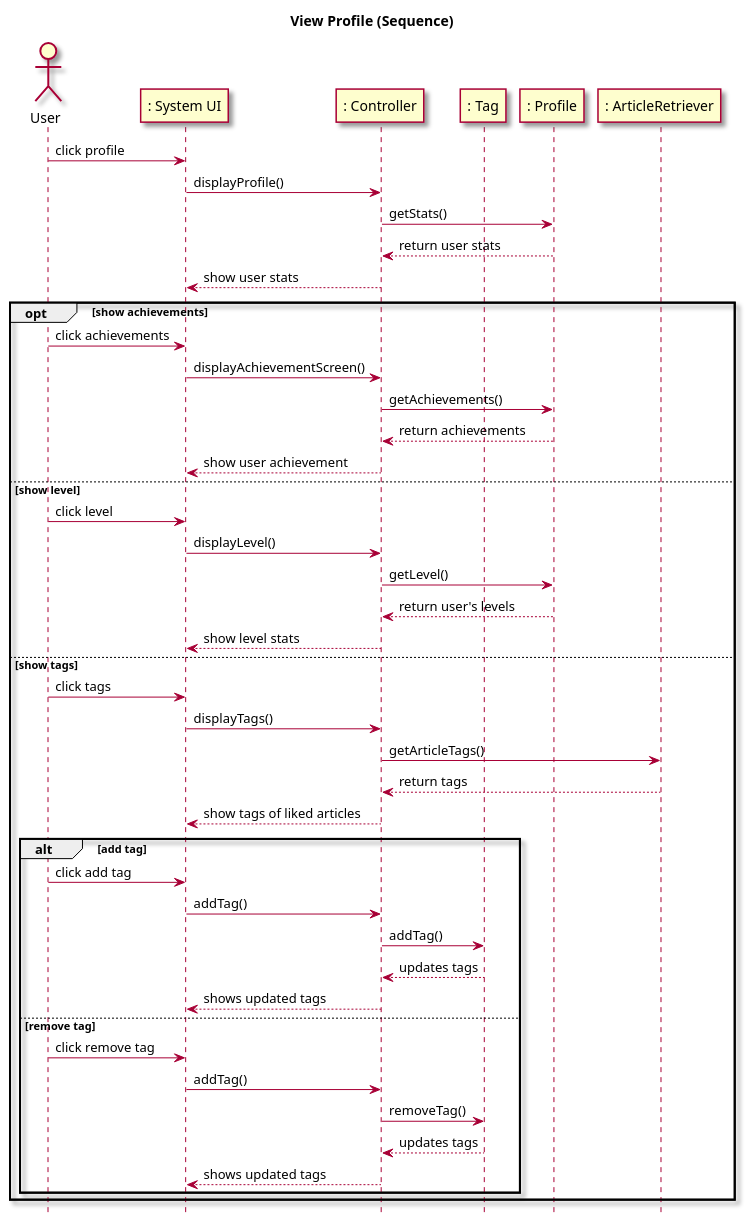
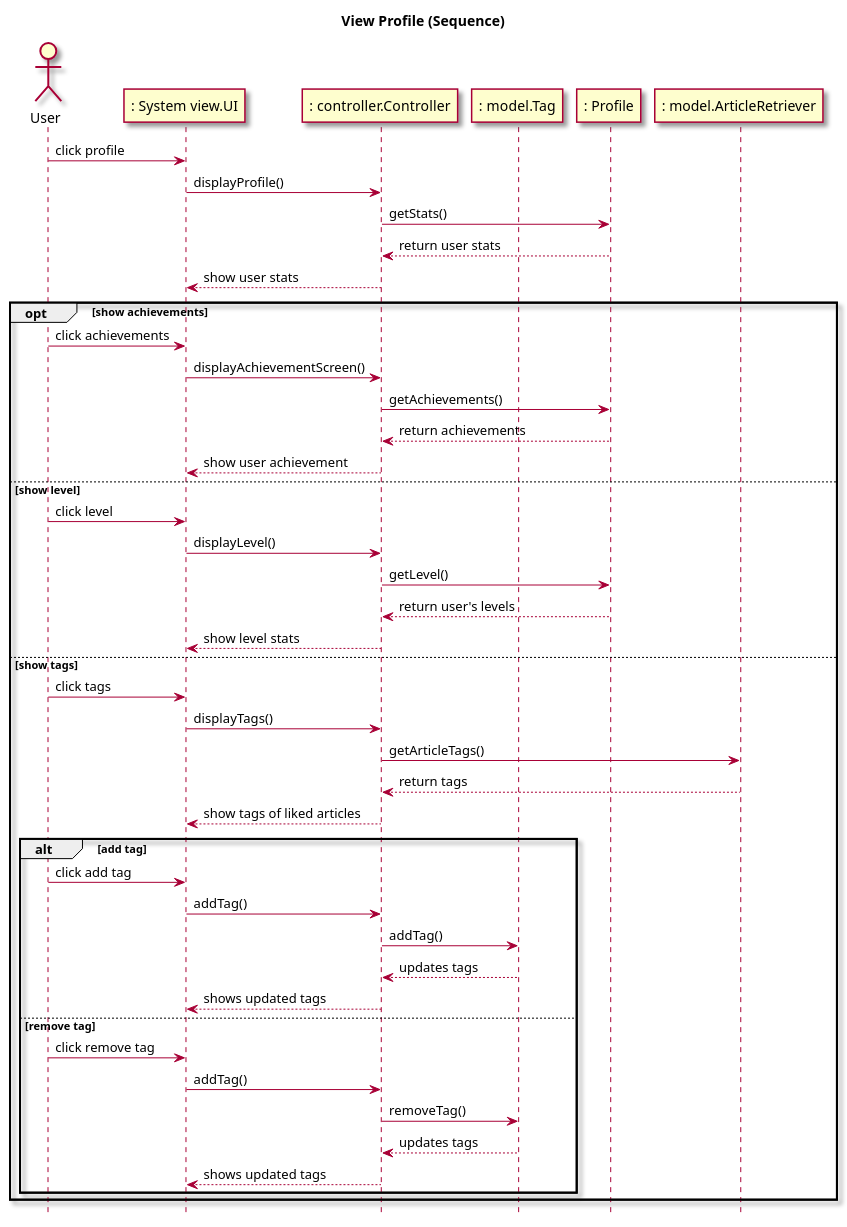
Before and after one commit to owhitleym-ui/EcoScoop: the second of 2 diagrams in intellij/doc/use-cases/view-profile.md, drawn with PlantUML. The commit also changed other lines of this file and 72 other files, not shown here.

Commit message:
Refactored Code to Implemented Model View Controller

````diff
--- a/intellij/doc/use-cases/view-profile.md
+++ b/intellij/doc/use-cases/view-profile.md
@@ -77,59 +77,59 @@
 ```plantuml
 @startuml
 skin rose
 hide footbox
 title View Profile (Sequence)
 
 actor User
-participant ": System UI" as UI
-participant ": Controller" as Controller
-participant ": Tag" as Tag
+participant ": System view.UI" as view.UI
+participant ": controller.Controller" as controller.Controller
+participant ": model.Tag" as model.Tag
 participant ": Profile" as Profile
-participant ": ArticleRetriever" as Retriever
+participant ": model.ArticleRetriever" as Retriever
 
-User -> UI : click profile
-UI -> Controller : displayProfile()
-Controller -> Profile : getStats()
-Profile --> Controller : return user stats
-Controller --> UI : show user stats
+User -> view.UI : click profile
+view.UI -> controller.Controller : displayProfile()
+controller.Controller -> Profile : getStats()
+Profile --> controller.Controller : return user stats
+controller.Controller --> view.UI : show user stats
 
 opt show achievements
-User -> UI : click achievements
-UI -> Controller : displayAchievementScreen()
-Controller -> Profile : getAchievements()
-Profile --> Controller : return achievements
-Controller --> UI : show user achievement
+User -> view.UI : click achievements
+view.UI -> controller.Controller : displayAchievementScreen()
+controller.Controller -> Profile : getAchievements()
+Profile --> controller.Controller : return achievements
+controller.Controller --> view.UI : show user achievement
 
 else show level
-User -> UI : click level
-UI -> Controller : displayLevel()
-Controller -> Profile : getLevel()
-Profile --> Controller : return user's levels
-Controller --> UI : show level stats
+User -> view.UI : click level
+view.UI -> controller.Controller : displayLevel()
+controller.Controller -> Profile : getLevel()
+Profile --> controller.Controller : return user's levels
+controller.Controller --> view.UI : show level stats
 
 else show tags
-User -> UI : click tags
-UI -> Controller : displayTags()
-Controller -> Retriever : getArticleTags()
-Retriever --> Controller : return tags
-Controller --> UI : show tags of liked articles
+User -> view.UI : click tags
+view.UI -> controller.Controller : displayTags()
+controller.Controller -> Retriever : getArticleTags()
+Retriever --> controller.Controller : return tags
+controller.Controller --> view.UI : show tags of liked articles
 
 alt add tag
-User -> UI : click add tag
-UI -> Controller : addTag()
-Controller -> Tag : addTag()
-Tag --> Controller : updates tags
-Controller --> UI : shows updated tags
+User -> view.UI : click add tag
+view.UI -> controller.Controller : addTag()
+controller.Controller -> model.Tag : addTag()
+model.Tag --> controller.Controller : updates tags
+controller.Controller --> view.UI : shows updated tags
 
 else remove tag
-User -> UI : click remove tag
-UI -> Controller : addTag()
-Controller -> Tag : removeTag()
-Tag --> Controller : updates tags
-Controller --> UI : shows updated tags
+User -> view.UI : click remove tag
+view.UI -> controller.Controller : addTag()
+controller.Controller -> model.Tag : removeTag()
+model.Tag --> controller.Controller : updates tags
+controller.Controller --> view.UI : shows updated tags
 end alt
 
 
 end opt
 @enduml
 ```
````
